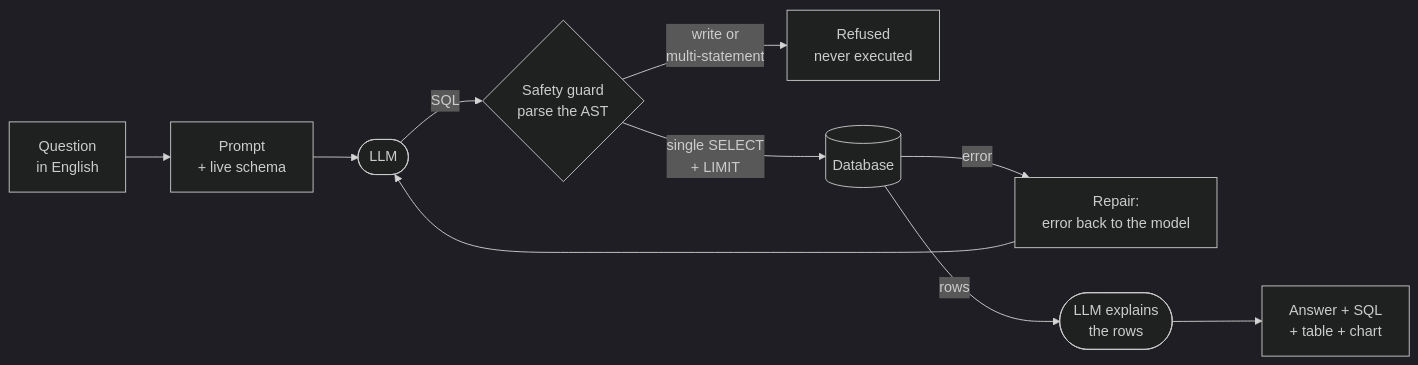
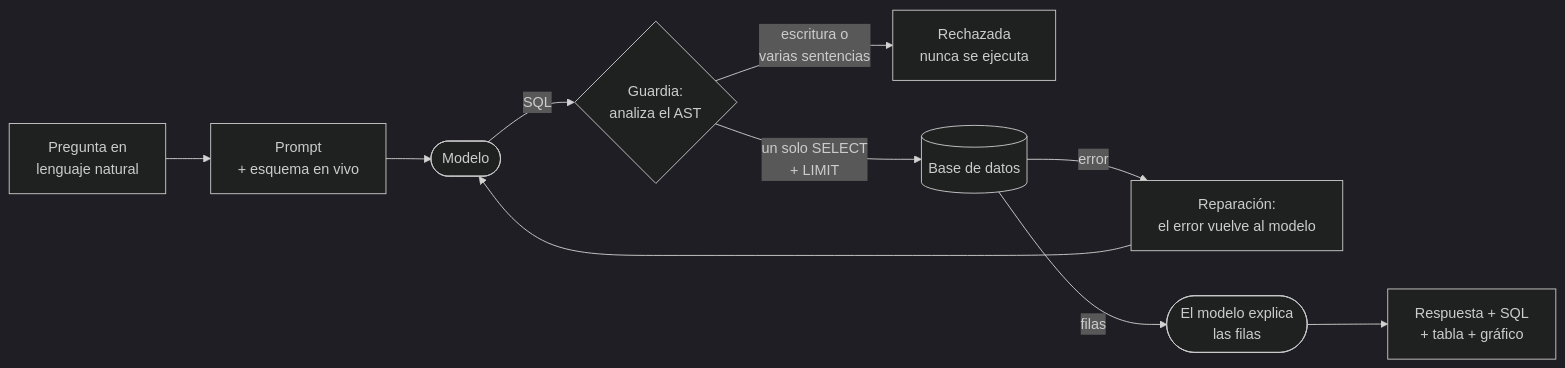
One commit to laulys/ask-your-data changed the diagram in README.md. Above: the diagram before and after it, drawn with Mermaid (dark theme). The commit also changed other lines of this file, not shown here.

````diff
--- a/README.md
+++ b/README.md
@@ -102,12 +106,12 @@
 ```mermaid
 flowchart LR
-    Q["Question<br/>in English"] --> P["Prompt<br/>+ live schema"]
-    P --> M(["LLM"])
-    M -->|SQL| G{"Safety guard<br/>parse the AST"}
-    G -->|"write or<br/>multi-statement"| X["Refused<br/>never executed"]
-    G -->|"single SELECT<br/>+ LIMIT"| DB[("Database")]
-    DB -->|error| R["Repair:<br/>error back to the model"]
+    Q["Pregunta en<br/>lenguaje natural"] --> P["Prompt<br/>+ esquema en vivo"]
+    P --> M(["Modelo"])
+    M -->|SQL| G{"Guardia:<br/>analiza el AST"}
+    G -->|"escritura o<br/>varias sentencias"| X["Rechazada<br/>nunca se ejecuta"]
+    G -->|"un solo SELECT<br/>+ LIMIT"| DB[("Base de datos")]
+    DB -->|error| R["Reparación:<br/>el error vuelve al modelo"]
     R --> M
-    DB -->|rows| A(["LLM explains<br/>the rows"])
-    A --> OUT["Answer + SQL<br/>+ table + chart"]
+    DB -->|filas| A(["El modelo explica<br/>las filas"])
+    A --> OUT["Respuesta + SQL<br/>+ tabla + gráfico"]
 ```
````
